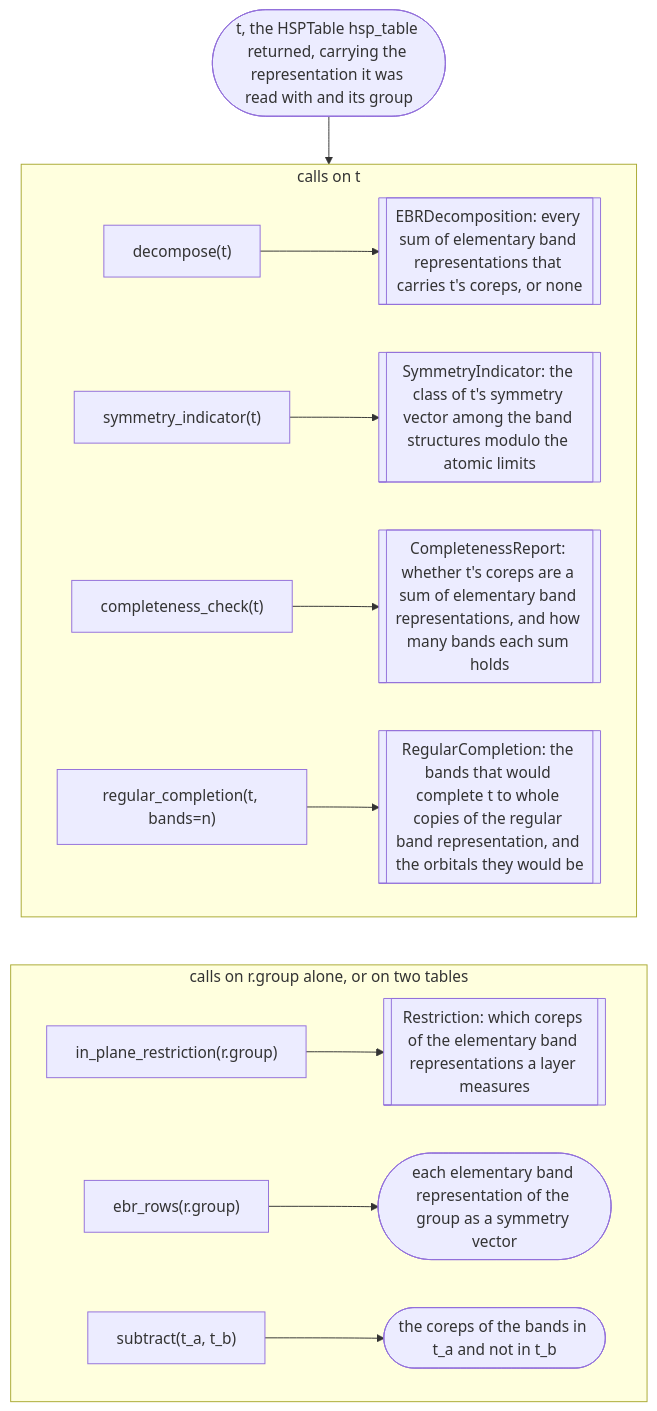
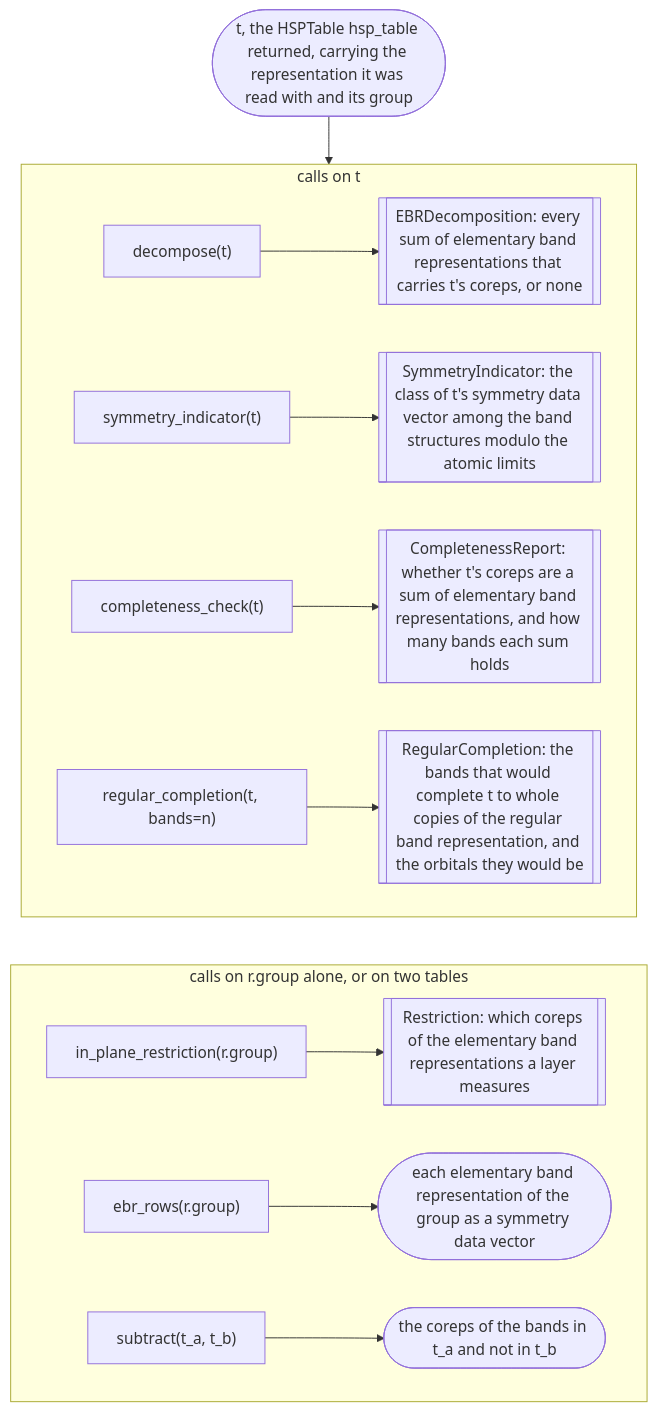
Before and after one commit to bbradlyn/pythtqc: the seventh of 8 diagrams in docs/background/modules.md, drawn with Mermaid. The commit also changed other lines of this file and 32 other files, not shown here.

First line of the commit message:
pythtqc: the symmetry data vector, as the papers name it

````diff
--- a/docs/background/modules.md
+++ b/docs/background/modules.md
@@ -229,22 +229,22 @@
 ```mermaid
 flowchart TD
     e_t(["t, the HSPTable hsp_table returned, carrying the representation it was read with and its group"])
 
     e_t --> e_calls
     e_calls ~~~ e_other
 
     subgraph e_calls ["calls on t"]
         direction LR
         e_dec["decompose(t)"] --> e_D[["EBRDecomposition: every sum of elementary band representations that carries t's coreps, or none"]]
-        e_si["symmetry_indicator(t)"] --> e_SI[["SymmetryIndicator: the class of t's symmetry vector among the band structures modulo the atomic limits"]]
+        e_si["symmetry_indicator(t)"] --> e_SI[["SymmetryIndicator: the class of t's symmetry data vector among the band structures modulo the atomic limits"]]
         e_cc["completeness_check(t)"] --> e_CR[["CompletenessReport: whether t's coreps are a sum of elementary band representations, and how many bands each sum holds"]]
         e_rc["regular_completion(t, bands=n)"] --> e_RC[["RegularCompletion: the bands that would complete t to whole copies of the regular band representation, and the orbitals they would be"]]
     end
 
     subgraph e_other ["calls on r.group alone, or on two tables"]
         direction LR
         e_ipr["in_plane_restriction(r.group)"] --> e_R[["Restriction: which coreps of the elementary band representations a layer measures"]]
-        e_rows["ebr_rows(r.group)"] --> e_rows_out(["each elementary band representation of the group as a symmetry vector"])
+        e_rows["ebr_rows(r.group)"] --> e_rows_out(["each elementary band representation of the group as a symmetry data vector"])
         e_sub["subtract(t_a, t_b)"] --> e_sub_out(["the coreps of the bands in t_a and not in t_b"])
     end
 ```
````
